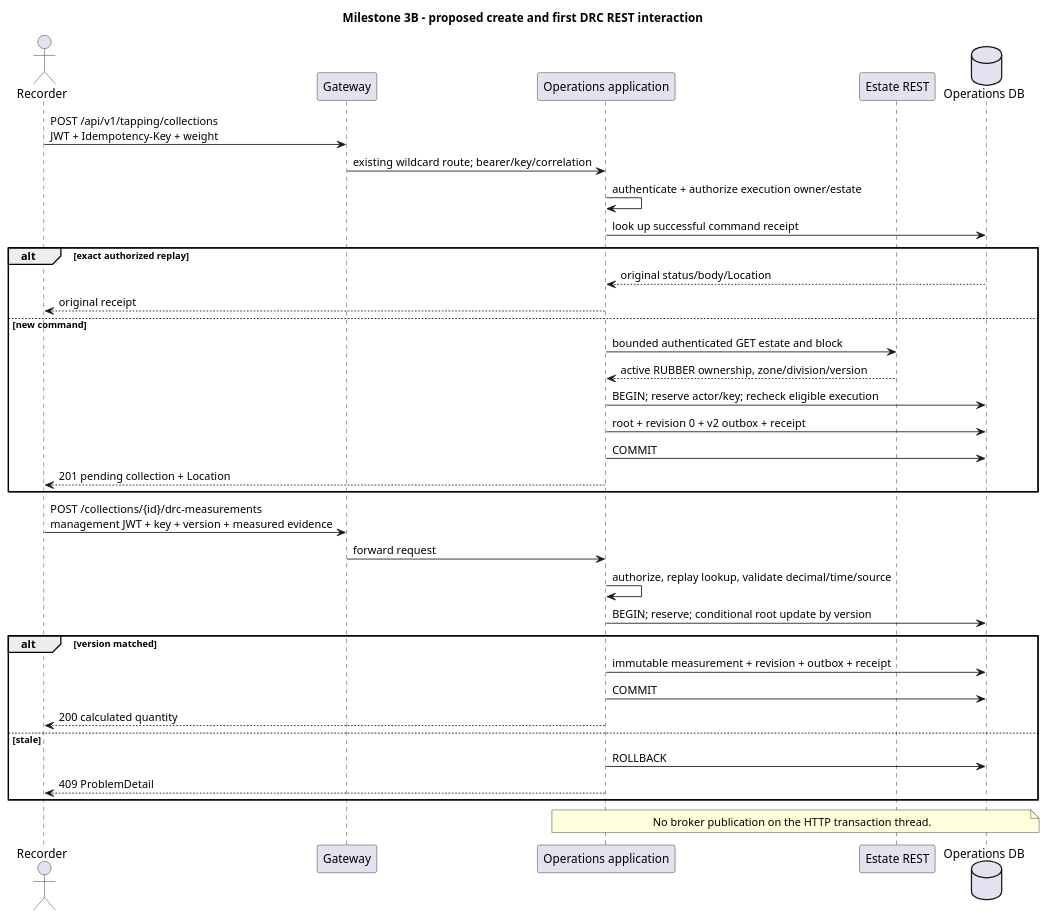
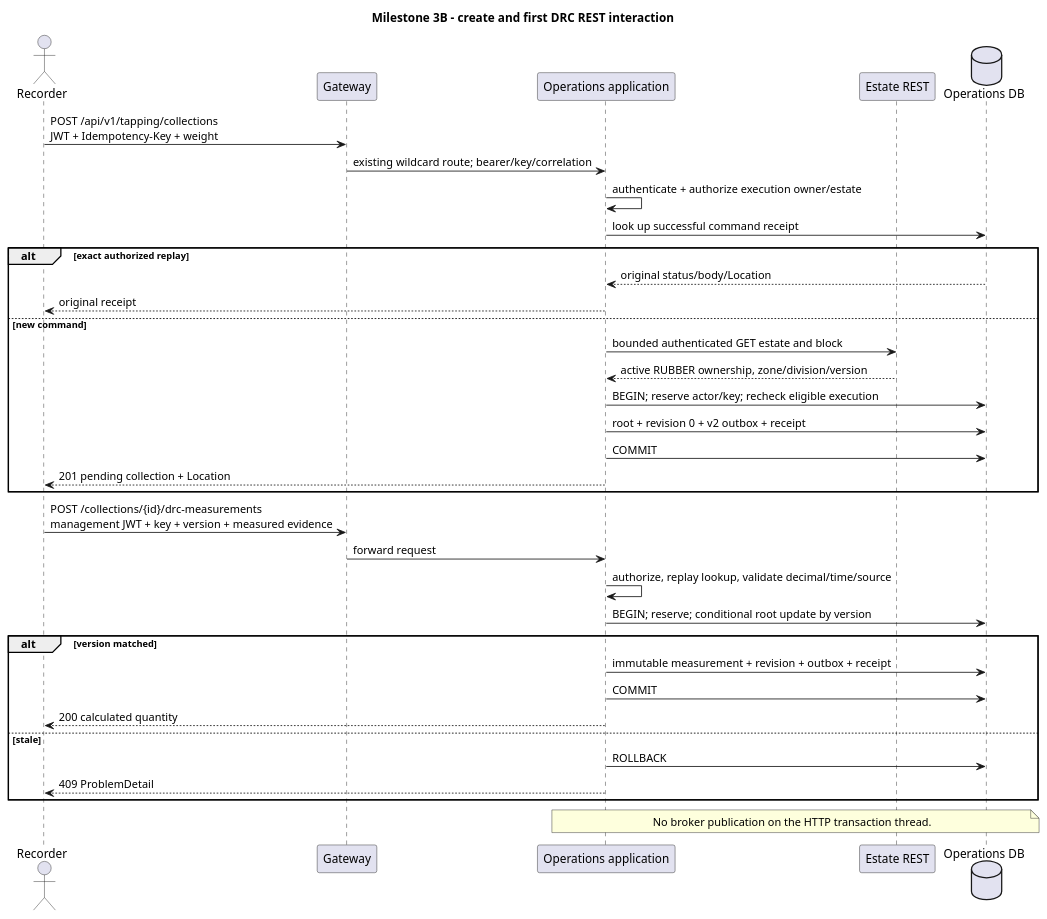
Before and after one commit to swapnilpuri/agrosphere-architecture: the diagram in diagrams/milestone-3b/rest-sequence.puml, drawn with PlantUML. The commit also changed 12 other files, not shown here.

```diff
--- a/diagrams/milestone-3b/rest-sequence.puml
+++ b/diagrams/milestone-3b/rest-sequence.puml
@@ -1,36 +1,36 @@
 @startuml
-title Milestone 3B - proposed create and first DRC REST interaction
+title Milestone 3B - create and first DRC REST interaction
 actor Recorder
 participant Gateway
 participant "Operations application" as O
 participant "Estate REST" as E
 database "Operations DB" as D
 Recorder -> Gateway : POST /api/v1/tapping/collections\nJWT + Idempotency-Key + weight
 Gateway -> O : existing wildcard route; bearer/key/correlation
 O -> O : authenticate + authorize execution owner/estate
 O -> D : look up successful command receipt
 alt exact authorized replay
  D --> O : original status/body/Location
  O --> Recorder : original receipt
 else new command
  O -> E : bounded authenticated GET estate and block
  E --> O : active RUBBER ownership, zone/division/version
  O -> D : BEGIN; reserve actor/key; recheck eligible execution
  O -> D : root + revision 0 + v2 outbox + receipt
  O -> D : COMMIT
  O --> Recorder : 201 pending collection + Location
 end
 Recorder -> Gateway : POST /collections/{id}/drc-measurements\nmanagement JWT + key + version + measured evidence
 Gateway -> O : forward request
 O -> O : authorize, replay lookup, validate decimal/time/source
 O -> D : BEGIN; reserve; conditional root update by version
 alt version matched
  O -> D : immutable measurement + revision + outbox + receipt
  O -> D : COMMIT
  O --> Recorder : 200 calculated quantity
 else stale
  O -> D : ROLLBACK
  O --> Recorder : 409 ProblemDetail
 end
 note over O,D : No broker publication on the HTTP transaction thread.
 @enduml
```
